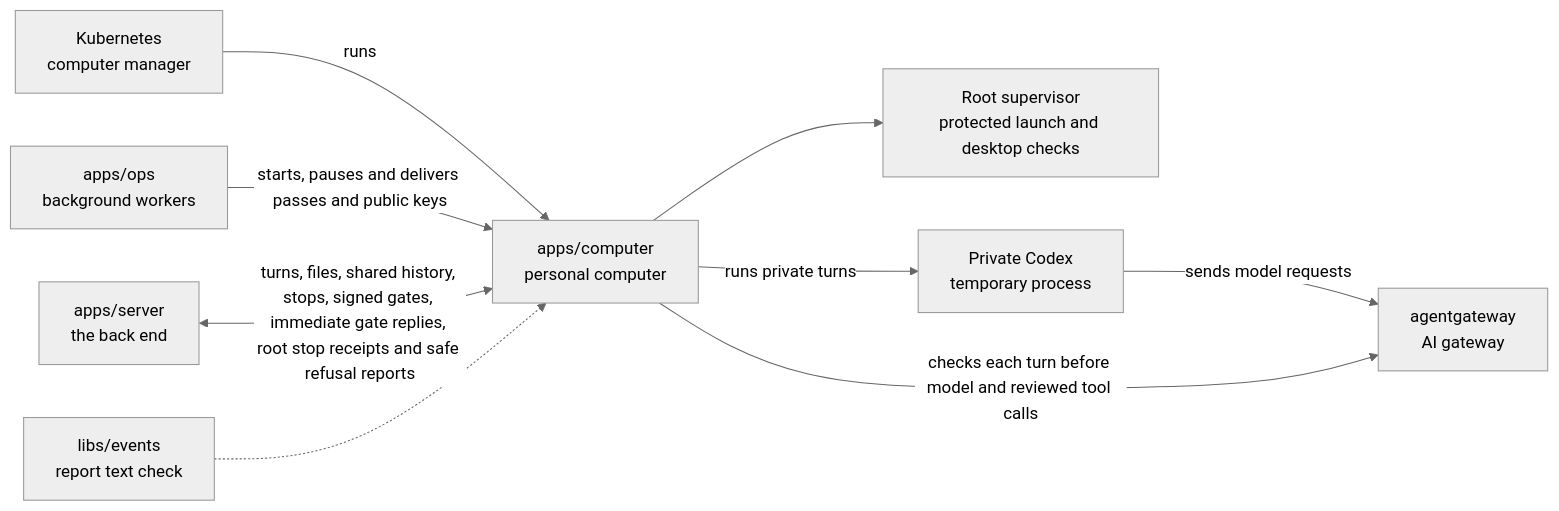
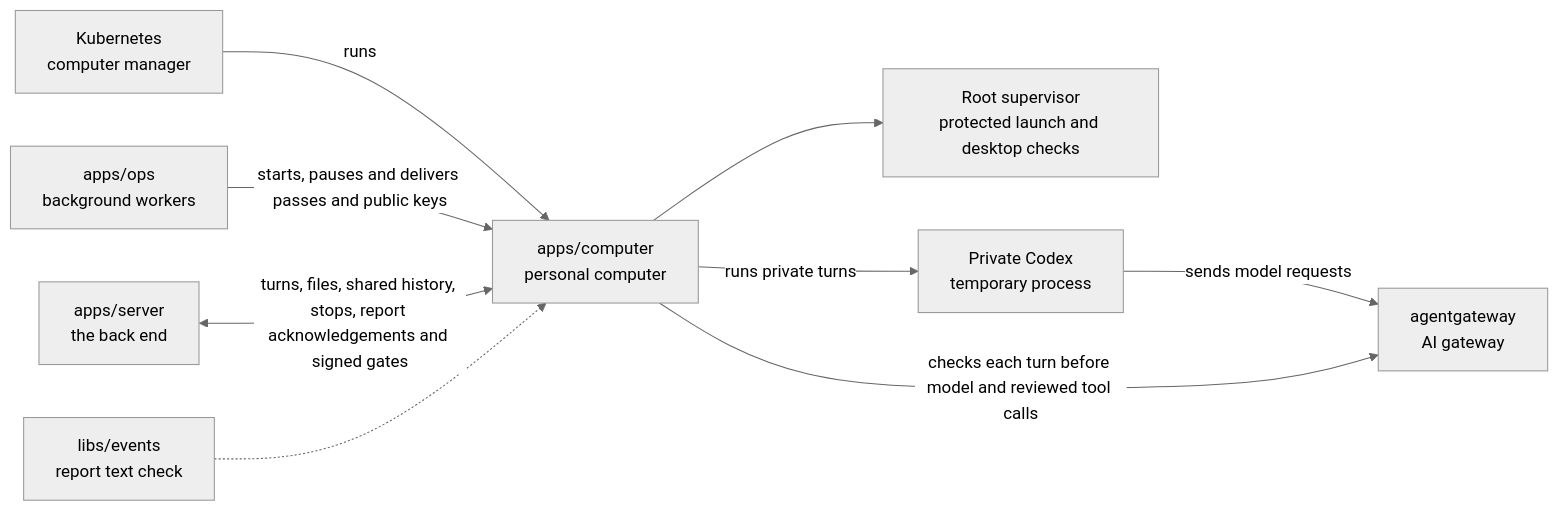
The diagram in apps/computer/README.md (elewa-git/opencrane-new), drawn with Mermaid (neutral theme) before and after one commit. The commit also changed other lines of this file and 4 other files, not shown here.

Commit message:
🐛 Keep Stop connected while streaming reports are saved

````diff
--- a/apps/computer/README.md
+++ b/apps/computer/README.md
@@ -22,11 +22,11 @@
 ```mermaid
 flowchart LR
   kube["Kubernetes<br/>computer manager"] -->|runs| computer["apps/computer<br/>personal computer"]
   ops["apps/ops<br/>background workers"] -->|starts, pauses and delivers passes and public keys| computer
-  server["apps/server<br/>the back end"] <-->|turns, files, shared history, stops, signed gates, immediate gate replies, root stop receipts and safe refusal reports| computer
+  server["apps/server<br/>the back end"] <-->|turns, files, shared history, stops, report acknowledgements and signed gates| computer
   events["libs/events<br/>report text check"] -.-> computer
   computer --> supervisor["Root supervisor<br/>protected launch and desktop checks"]
   computer -->|runs private turns| private["Private Codex<br/>temporary process"]
   private -->|sends model requests| gateway
   computer -->|checks each turn before model and reviewed tool calls| gateway["agentgateway<br/>AI gateway"]
 ```
````
